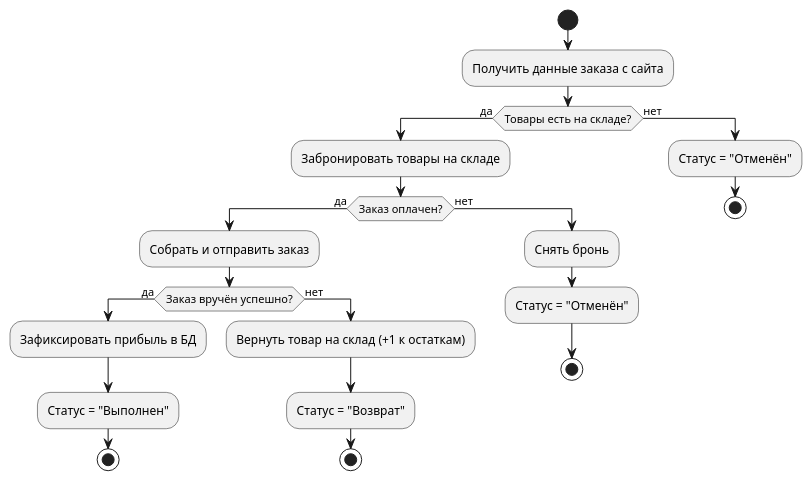
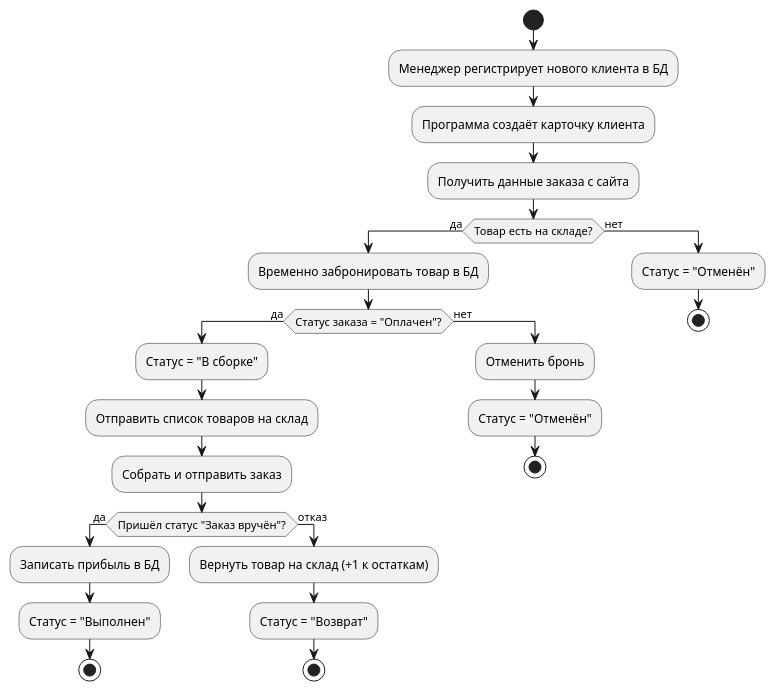
One commit to novoselovak873-byte/InternetShopOrders changed the diagram in docs/flowchart.puml. Above: the diagram before and after it, drawn with PlantUML. The commit also changed 4 other files, not shown here.

```diff
--- a/docs/flowchart.puml
+++ b/docs/flowchart.puml
@@ -1,29 +1,34 @@
 @startuml
 start
 
+:Менеджер регистрирует нового клиента в БД;
+:Программа создаёт карточку клиента;
+
 :Получить данные заказа с сайта;
 
-if (Товары есть на складе?) then (да)
-  :Забронировать товары на складе;
-  if (Заказ оплачен?) then (да)
+if (Товар есть на складе?) then (да)
+  :Временно забронировать товар в БД;
+  if (Статус заказа = "Оплачен"?) then (да)
+    :Статус = "В сборке";
+    :Отправить список товаров на склад;
     :Собрать и отправить заказ;
-    if (Заказ вручён успешно?) then (да)
-      :Зафиксировать прибыль в БД;
+    if (Пришёл статус "Заказ вручён"?) then (да)
+      :Записать прибыль в БД;
       :Статус = "Выполнен";
       stop
-    else (нет)
+    else (отказ)
       :Вернуть товар на склад (+1 к остаткам);
       :Статус = "Возврат";
       stop
     endif
   else (нет)
-    :Снять бронь;
+    :Отменить бронь;
     :Статус = "Отменён";
     stop
   endif
 else (нет)
   :Статус = "Отменён";
   stop
 endif
 
 @enduml
```
